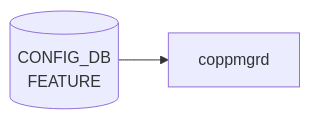
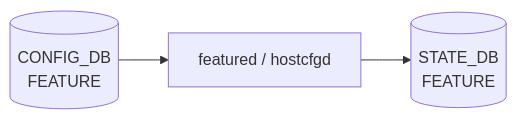
One commit to aoki-taquan/sonic-unofficial-docs changed the diagram in docs/reference/config-db/feature-state.md. Above: the diagram before and after it, drawn with Mermaid. The commit also changed 3 other files, not shown here.

First line of the commit message:
review: batch 088 — fix mermaid DM label, typo, frontmatter, ordering note

````diff
--- a/docs/reference/config-db/feature-state.md
+++ b/docs/reference/config-db/feature-state.md
@@ -47,6 +47,8 @@
 ```mermaid
 flowchart LR
   CDB[("CONFIG_DB<br/>FEATURE")]
-  DM["coppmgrd"]
+  DM["featured / hostcfgd"]
   CDB --> DM
+  SDB[("STATE_DB<br/>FEATURE")]
+  DM --> SDB
 ```
````
